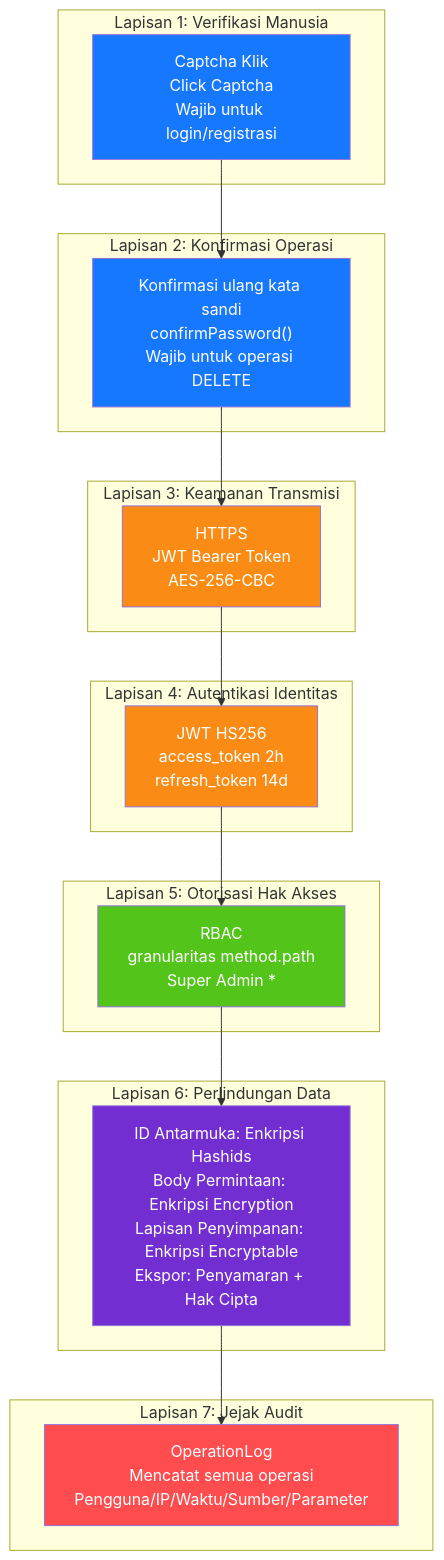
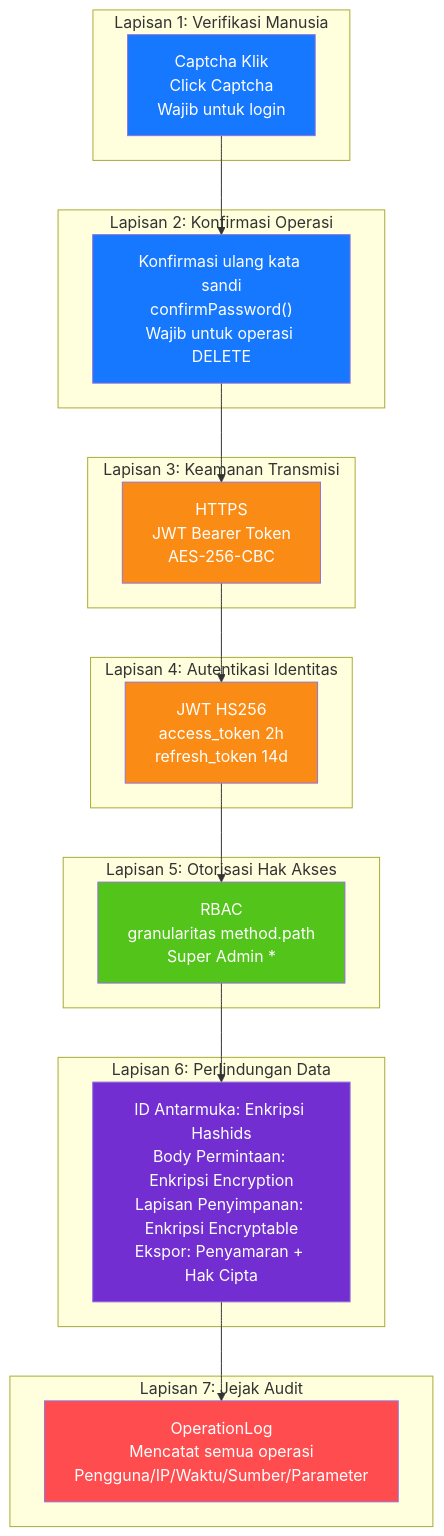
One commit to erikwang2013/open-admin changed diagram 13 of 14 in docs/ARCHITECTURE.id.md. Above: the diagram before and after it, drawn with Mermaid. The commit also changed other lines of this file and 115 other files, not shown here.

First line of the commit message:
功能：新增项目宠物「小安」、站点首页与手写 SVG 设计图集；全部文档对齐代码

````diff
--- a/docs/ARCHITECTURE.id.md
+++ b/docs/ARCHITECTURE.id.md
@@ -607,40 +597,40 @@
 ```mermaid
 flowchart TB
     subgraph "Lapisan 1: Verifikasi Manusia"
-        L1["Captcha Klik<br/>Click Captcha<br/>Wajib untuk login/registrasi"]
+        L1["Captcha Klik<br/>Click Captcha<br/>Wajib untuk login"]
     end
 
     subgraph "Lapisan 2: Konfirmasi Operasi"
         L2["Konfirmasi ulang kata sandi<br/>confirmPassword()<br/>Wajib untuk operasi DELETE"]
     end
 
     subgraph "Lapisan 3: Keamanan Transmisi"
         L3["HTTPS<br/>JWT Bearer Token<br/>AES-256-CBC"]
     end
 
     subgraph "Lapisan 4: Autentikasi Identitas"
         L4["JWT HS256<br/>access_token 2h<br/>refresh_token 14d"]
     end
 
     subgraph "Lapisan 5: Otorisasi Hak Akses"
         L5["RBAC<br/>granularitas method.path<br/>Super Admin * "]
     end
 
     subgraph "Lapisan 6: Perlindungan Data"
         L6["ID Antarmuka: Enkripsi Hashids<br/>Body Permintaan: Enkripsi Encryption<br/>Lapisan Penyimpanan: Enkripsi Encryptable<br/>Ekspor: Penyamaran + Hak Cipta"]
     end
 
     subgraph "Lapisan 7: Jejak Audit"
         L7["OperationLog<br/>Mencatat semua operasi<br/>Pengguna/IP/Waktu/Sumber/Parameter"]
     end
 
     L1 --> L2 --> L3 --> L4 --> L5 --> L6 --> L7
 
     style L1 fill:#1677FF,color:#fff
     style L2 fill:#1677FF,color:#fff
     style L3 fill:#FA8C16,color:#fff
     style L4 fill:#FA8C16,color:#fff
     style L5 fill:#52C41A,color:#fff
     style L6 fill:#722ED1,color:#fff
     style L7 fill:#FF4D4F,color:#fff
 ```
````
